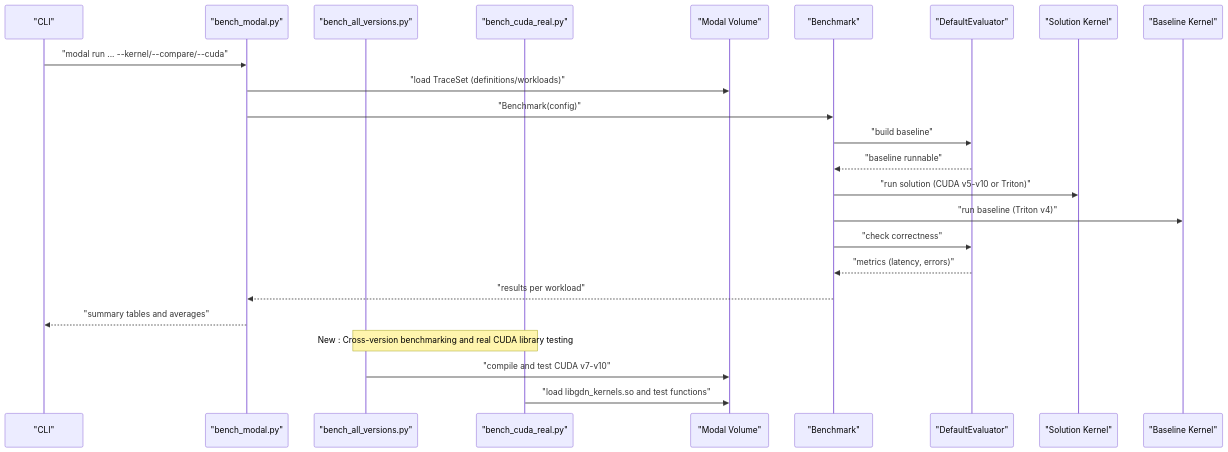
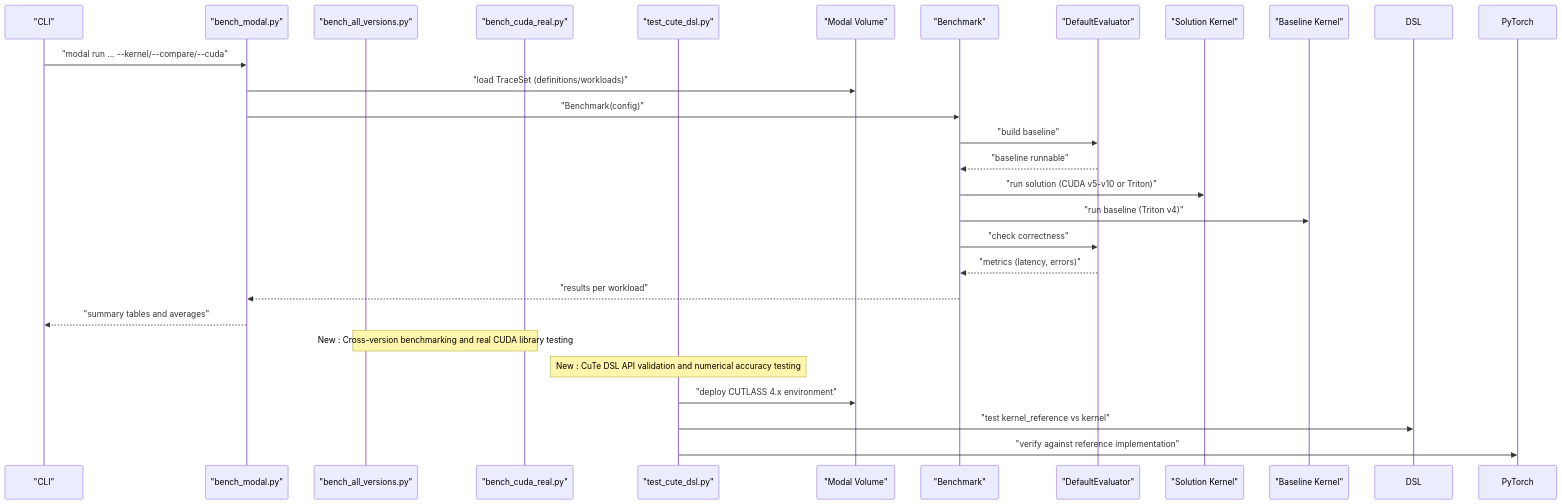
The second of 13 diagrams in .qoder/repowiki/en/content/Performance Analysis.md (gugudeshubao/flashinfer-bench-tma-thrust), drawn with Mermaid before and after one commit. The commit also changed other lines of this file and 9 other files, not shown here.

````diff
--- a/.qoder/repowiki/en/content/Performance Analysis.md
+++ b/.qoder/repowiki/en/content/Performance Analysis.md
@@ -178,26 +206,29 @@
 ```mermaid
 sequenceDiagram
 participant CLI as "CLI"
 participant Runner as "bench_modal.py"
 participant AllVersions as "bench_all_versions.py"
 participant RealCUDA as "bench_cuda_real.py"
+participant CuTeTest as "test_cute_dsl.py"
 participant FS as "Modal Volume"
 participant Bench as "Benchmark"
 participant Eval as "DefaultEvaluator"
 participant Sol as "Solution Kernel"
 participant Base as "Baseline Kernel"
 CLI->>Runner : "modal run ... --kernel/--compare/--cuda"
 Runner->>FS : "load TraceSet (definitions/workloads)"
 Runner->>Bench : "Benchmark(config)"
 Bench->>Eval : "build baseline"
 Eval-->>Bench : "baseline runnable"
 Bench->>Sol : "run solution (CUDA v5-v10 or Triton)"
 Bench->>Base : "run baseline (Triton v4)"
 Bench->>Eval : "check correctness"
 Eval-->>Bench : "metrics (latency, errors)"
 Bench-->>Runner : "results per workload"
 Runner-->>CLI : "summary tables and averages"
 Note over AllVersions,RealCUDA : New : Cross-version benchmarking and real CUDA library testing
-AllVersions->>FS : "compile and test CUDA v7-v10"
-RealCUDA->>FS : "load libgdn_kernels.so and test functions"
+Note over CuTeTest : New : CuTe DSL API validation and numerical accuracy testing
+CuTeTest->>FS : "deploy CUTLASS 4.x environment"
+CuTeTest->>DSL : "test kernel_reference vs kernel"
+CuTeTest->>PyTorch : "verify against reference implementation"
 ```
````
